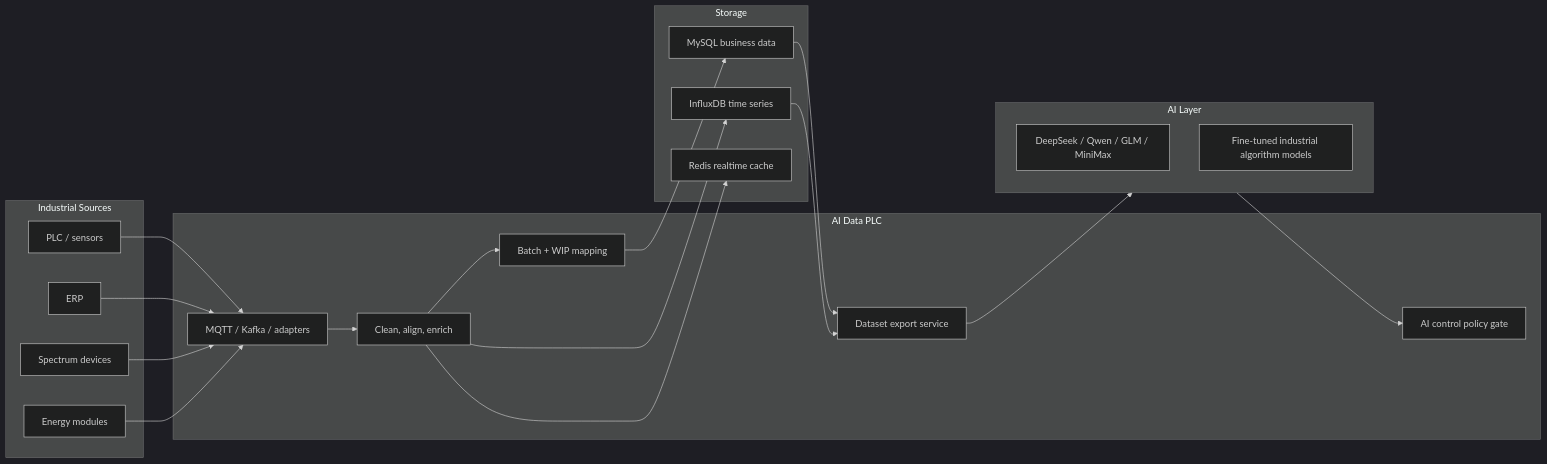
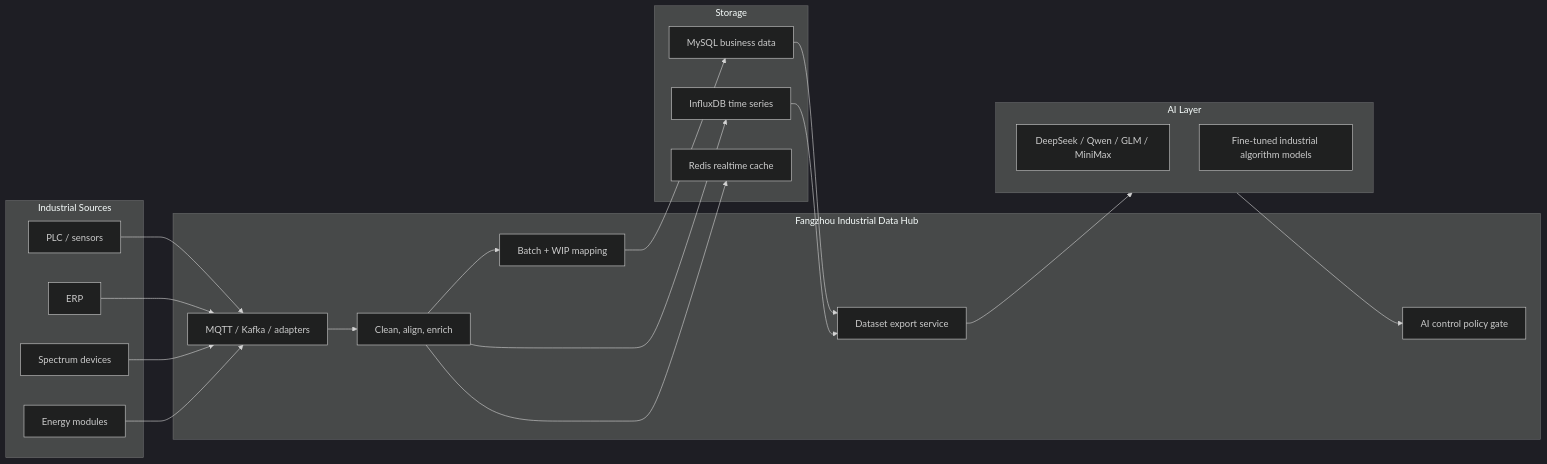
The fourth of 6 diagrams in README.md (SuperGokou/AI_Data_PLC), drawn with Mermaid (dark theme) before and after one commit. The commit also changed other lines of this file, not shown here.

````diff
--- a/README.md
+++ b/README.md
@@ -572,41 +573,41 @@
 ```mermaid
 flowchart LR
     subgraph Sources["Industrial Sources"]
         PLC["PLC / sensors"]
         ERP["ERP"]
         Spectrum["Spectrum devices"]
         Energy["Energy modules"]
     end
 
-    subgraph Middleware["AI Data PLC"]
+    subgraph Middleware["Fangzhou Industrial Data Hub"]
         Ingest["MQTT / Kafka / adapters"]
         Governance["Clean, align, enrich"]
         WIP["Batch + WIP mapping"]
         Dataset["Dataset export service"]
         Policy["AI control policy gate"]
     end
 
     subgraph Storage["Storage"]
         MySQL["MySQL business data"]
         Influx["InfluxDB time series"]
         Redis["Redis realtime cache"]
     end
 
     subgraph AI["AI Layer"]
         LLM["DeepSeek / Qwen / GLM / MiniMax"]
         Industrial["Fine-tuned industrial algorithm models"]
     end
 
     PLC --> Ingest
     ERP --> Ingest
     Spectrum --> Ingest
     Energy --> Ingest
     Ingest --> Governance --> WIP
     WIP --> MySQL
     Governance --> Influx
     Governance --> Redis
     MySQL --> Dataset
     Influx --> Dataset
     Dataset --> AI
     AI --> Policy
 ```
````
